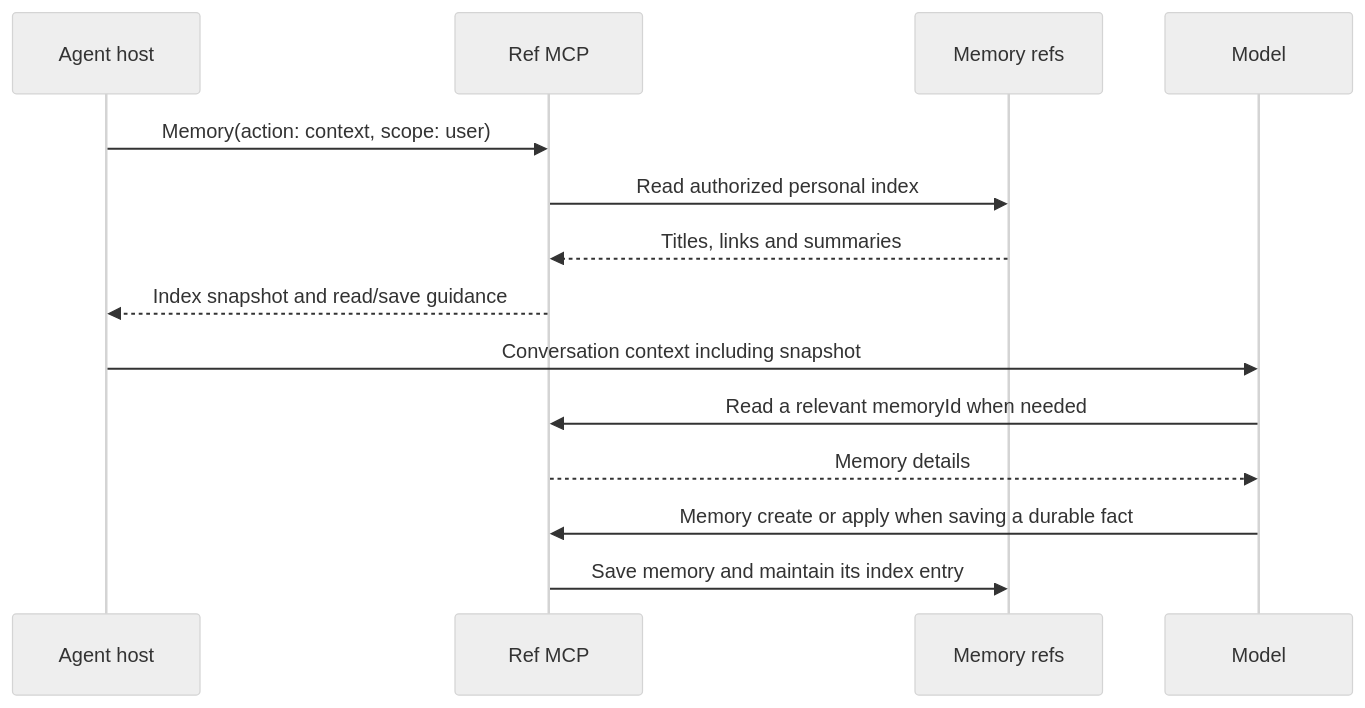
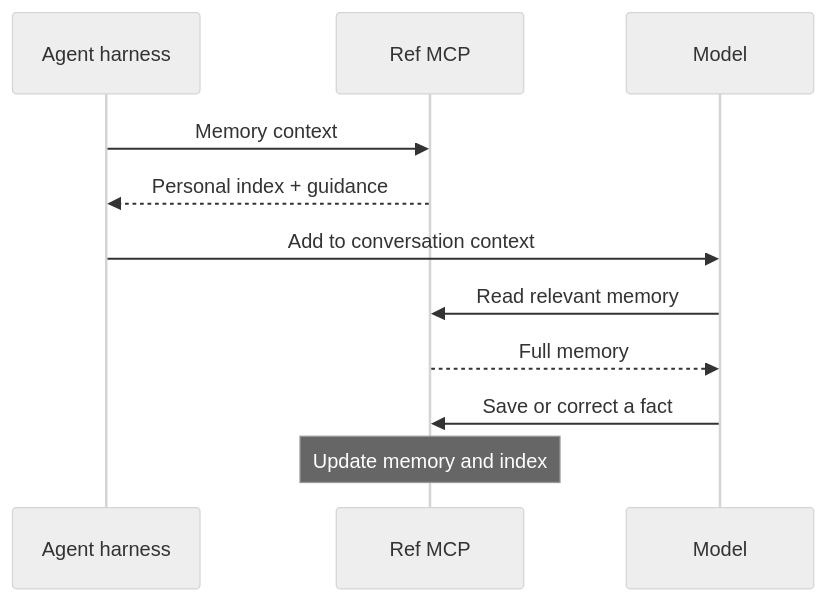
One commit to ref-tools/docs changed the diagram in plans/memory/how-it-works.mdx. Above: the diagram before and after it, drawn with Mermaid (neutral theme). The commit also changed other lines of this file and 1 other file, not shown here.

Commit message:
Focus memory docs on portability and link the interactive example

````diff
--- a/plans/memory/how-it-works.mdx
+++ b/plans/memory/how-it-works.mdx
@@ -20,16 +20,13 @@
 ```mermaid
 sequenceDiagram
-    participant Host as Agent host
+    participant Host as Agent harness
     participant Ref as Ref MCP
-    participant Store as Memory refs
     participant Agent as Model
-    Host->>Ref: Memory(action: context, scope: user)
-    Ref->>Store: Read authorized personal index
-    Store-->>Ref: Titles, links and summaries
-    Ref-->>Host: Index snapshot and read/save guidance
-    Host->>Agent: Conversation context including snapshot
-    Agent->>Ref: Read a relevant memoryId when needed
-    Ref-->>Agent: Memory details
-    Agent->>Ref: Memory create or apply when saving a durable fact
-    Ref->>Store: Save memory and maintain its index entry
+    Host->>Ref: Memory context
+    Ref-->>Host: Personal index + guidance
+    Host->>Agent: Add to conversation context
+    Agent->>Ref: Read relevant memory
+    Ref-->>Agent: Full memory
+    Agent->>Ref: Save or correct a fact
+    Note over Ref: Update memory and index
 ```
````
